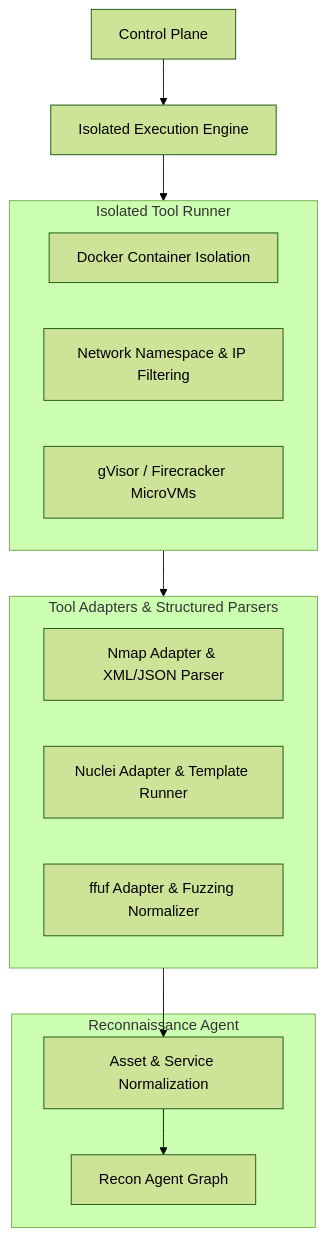
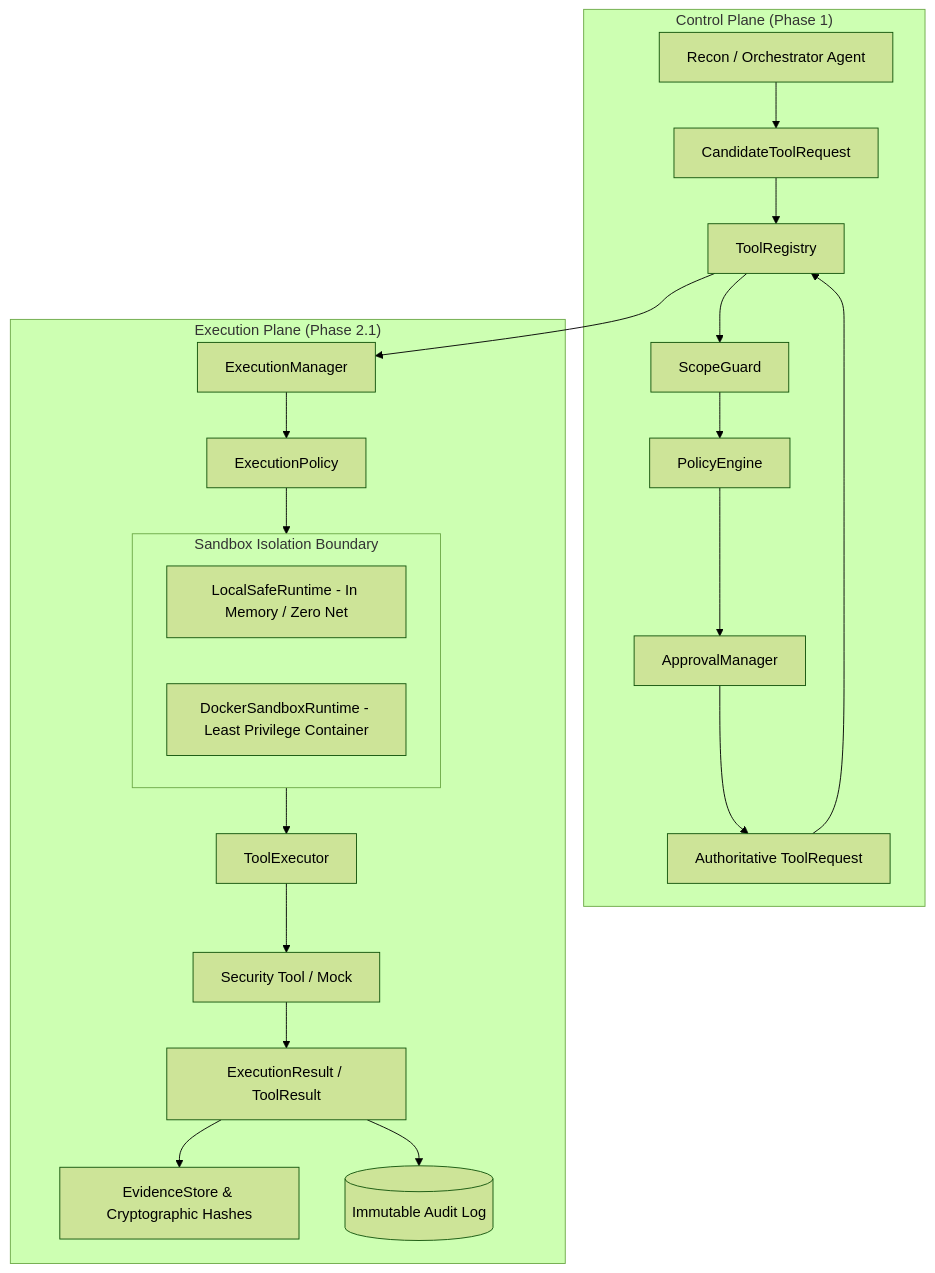
One commit to jivi001/ARKA changed the diagram in docs/phases/phase-2.md. Above: the diagram before and after it, drawn with Mermaid (forest theme). The commit also changed other lines of this file and 22 other files, not shown here.

Commit message:
2.1-implement secure execution engine with sandbox runtime and policy enforcement

````diff
--- a/docs/phases/phase-2.md
+++ b/docs/phases/phase-2.md
@@ -11,26 +11,44 @@
 ```mermaid
 graph TD
-    Control[Control Plane] --> ExecutionEngine[Isolated Execution Engine]
-    
-    subgraph IsolatedRunner["Isolated Tool Runner"]
-        Docker[Docker Container Isolation]
-        NetNS[Network Namespace & IP Filtering]
-        Sandbox[gVisor / Firecracker MicroVMs]
+    subgraph ControlPlane["Control Plane (Phase 1)"]
+        Agent[Recon / Orchestrator Agent]
+        Candidate[CandidateToolRequest]
+        Registry[ToolRegistry]
+        Scope[ScopeGuard]
+        Policy[PolicyEngine]
+        Approval[ApprovalManager]
+        AuthReq[Authoritative ToolRequest]
     end
     
-    subgraph Adapters["Tool Adapters & Structured Parsers"]
-        Nmap[Nmap Adapter & XML/JSON Parser]
-        Nuclei[Nuclei Adapter & Template Runner]
-        Ffuf[ffuf Adapter & Fuzzing Normalizer]
+    subgraph ExecutionPlane["Execution Plane (Phase 2.1)"]
+        ExecMgr[ExecutionManager]
+        ExecPolicy[ExecutionPolicy]
+        
+        subgraph IsolationRuntimes["Sandbox Isolation Boundary"]
+            LocalRT[LocalSafeRuntime - In Memory / Zero Net]
+            DockerRT[DockerSandboxRuntime - Least Privilege Container]
+        end
+        
+        ToolExec[ToolExecutor]
+        SecTool[Security Tool / Mock]
+        ExecResult[ExecutionResult / ToolResult]
+        Evidence[EvidenceStore & Cryptographic Hashes]
+        AuditLog[(Immutable Audit Log)]
     end
     
-    subgraph Agents["Reconnaissance Agent"]
-        Recon[Recon Agent Graph]
-        AssetNorm[Asset & Service Normalization]
-    end
-    
-    ExecutionEngine --> IsolatedRunner
-    IsolatedRunner --> Adapters
-    Adapters --> AssetNorm
-    AssetNorm --> Recon
+    Agent --> Candidate
+    Candidate --> Registry
+    Registry --> Scope
+    Scope --> Policy
+    Policy --> Approval
+    Approval --> AuthReq
+    AuthReq --> Registry
+    Registry --> ExecMgr
+    ExecMgr --> ExecPolicy
+    ExecPolicy --> IsolationRuntimes
+    IsolationRuntimes --> ToolExec
+    ToolExec --> SecTool
+    SecTool --> ExecResult
+    ExecResult --> Evidence
+    ExecResult --> AuditLog
 ```
````
